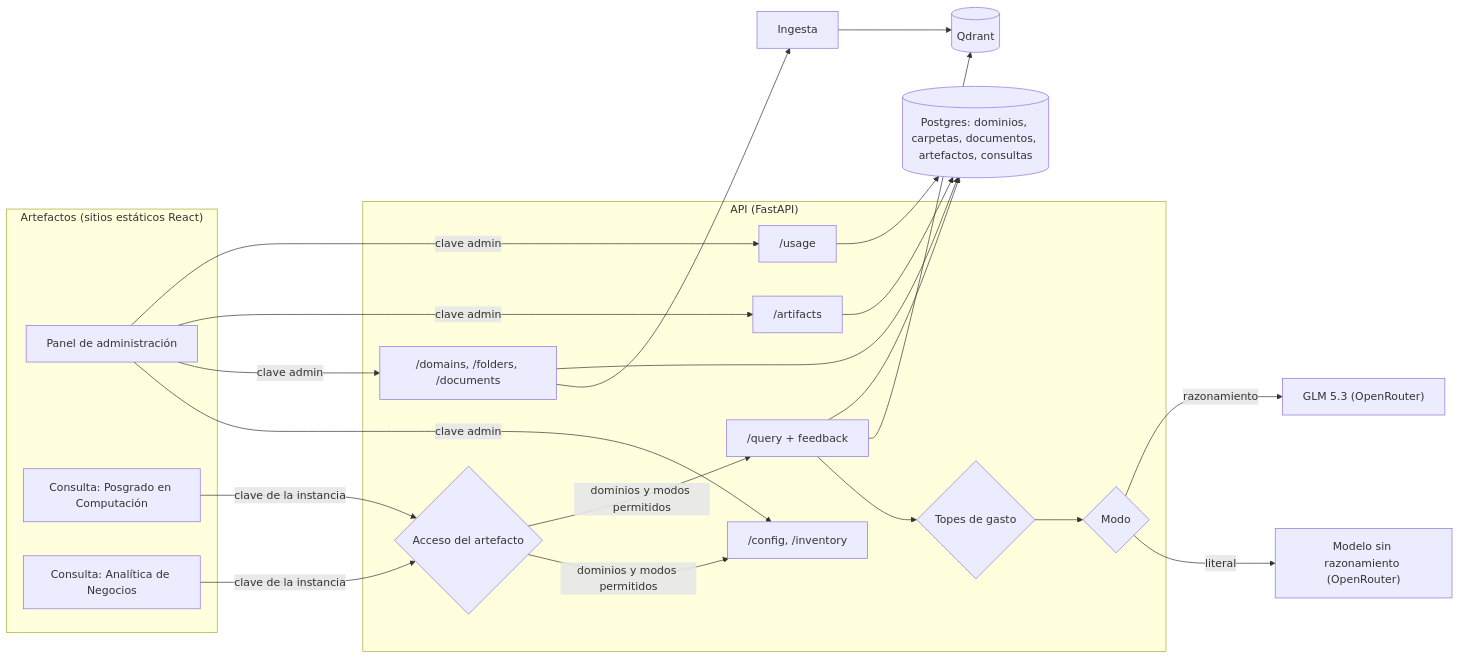
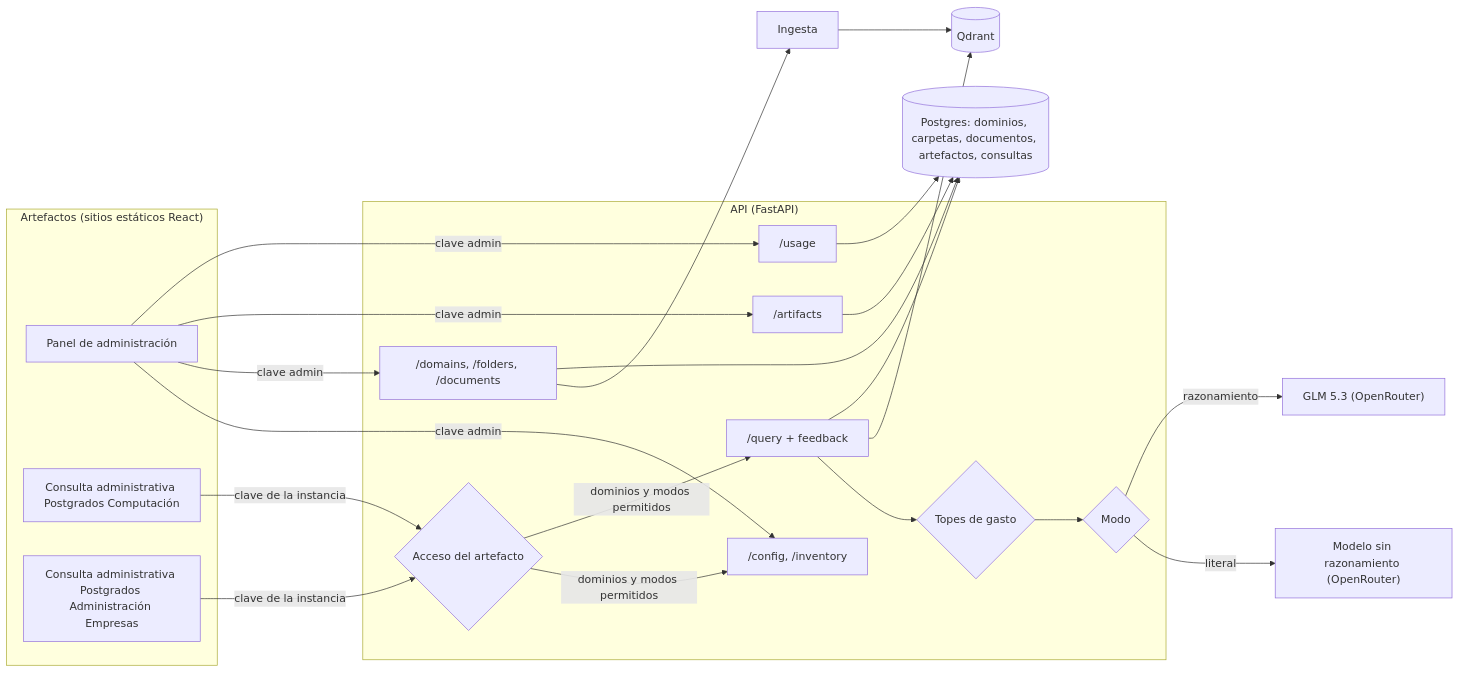
One commit to K-lobiTo/MIA changed the diagram in docs/Definicion_Requerimientos_V2.md. Above: the diagram before and after it, drawn with Mermaid. The commit also changed other lines of this file, not shown here.

Commit message:
Agregar la unidad académica sobre los dominios y nombrar las instancias de la Consulta por unidad

````diff
--- a/docs/Definicion_Requerimientos_V2.md
+++ b/docs/Definicion_Requerimientos_V2.md
@@ -288,30 +314,30 @@
 ```mermaid
 flowchart LR
     subgraph Artefactos["Artefactos (sitios estáticos React)"]
         ADM[Panel de administración]
-        CONC["Consulta: Posgrado en Computación"]
-        CONA["Consulta: Analítica de Negocios"]
+        CONC["Consulta administrativa Postgrados Computación"]
+        CONA["Consulta administrativa Postgrados Administración Empresas"]
     end
 
     subgraph API["API (FastAPI)"]
         CFG["/config, /inventory"]
         DOM["/domains, /folders, /documents"]
         ART["/artifacts"]
         ACC{Acceso del artefacto}
         Q["/query + feedback"]
         USO["/usage"]
         TOPE{Topes de gasto}
         MODOS{Modo}
     end
 
     ADM -->|clave admin| CFG & DOM & ART & USO
     CONC & CONA -->|clave de la instancia| ACC
     ACC -->|dominios y modos permitidos| CFG & Q
     Q --> TOPE --> MODOS
     MODOS -->|literal| LIT["Modelo sin razonamiento (OpenRouter)"]
     MODOS -->|razonamiento| GLM["GLM 5.3 (OpenRouter)"]
     DOM --> ING[Ingesta]
     ING --> QD[(Qdrant)]
     Q --> QD
     DOM & Q & ART & USO --> PG[(Postgres: dominios, carpetas, documentos, artefactos, consultas)]
 ```
````
